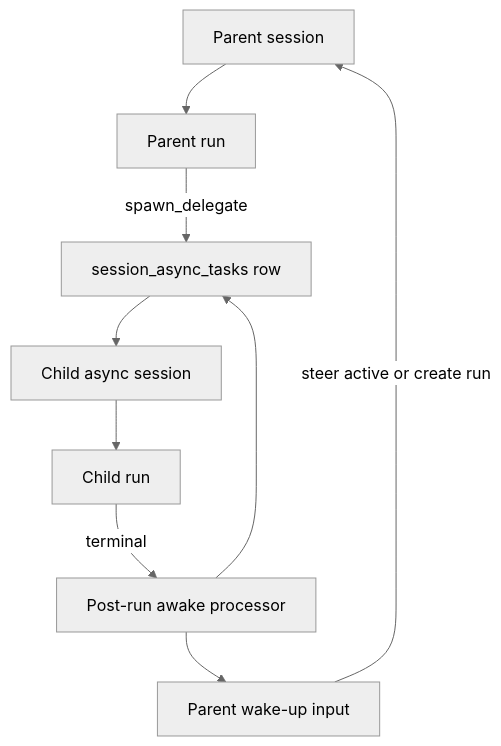
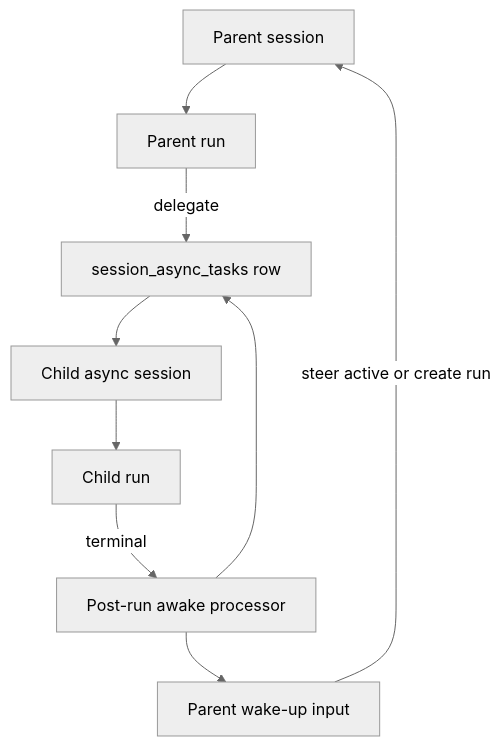
Before and after one commit to Wh1isper/ya-agent-sdk: the first of 4 diagrams in packages/ya-claw/spec/07-async-subagents.md, drawn with Mermaid (neutral theme). The commit also changed other lines of this file and 446 other files, not shown here.

````diff
--- a/packages/ya-claw/spec/07-async-subagents.md
+++ b/packages/ya-claw/spec/07-async-subagents.md
@@ -21,19 +25,19 @@
 ```mermaid
 flowchart TD
     P[Parent session]
     PR[Parent run]
     T[session_async_tasks row]
     CS[Child async session]
     CR[Child run]
     PP[Post-run awake processor]
     W[Parent wake-up input]
 
     P --> PR
-    PR -->|spawn_delegate| T
+    PR -->|delegate| T
     T --> CS
     CS --> CR
     CR -->|terminal| PP
     PP --> T
     PP --> W
     W -->|steer active or create run| P
 ```
````
